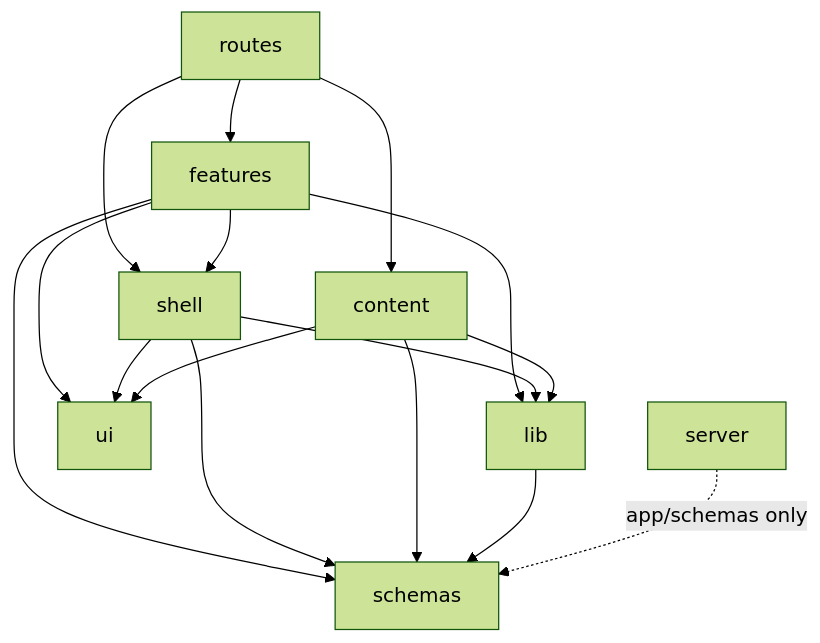
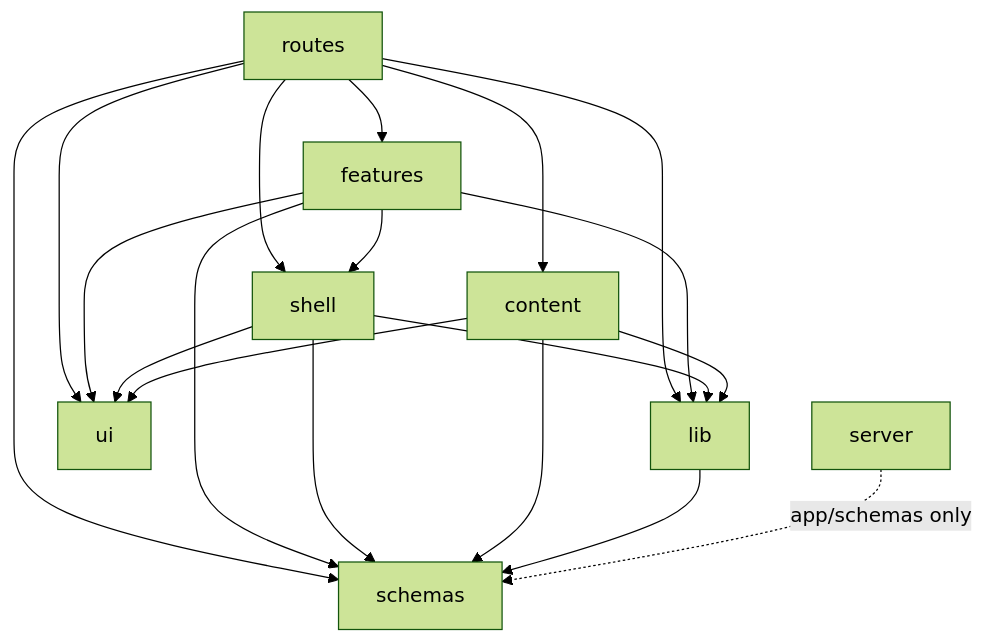
One commit to ddbj/db-portal changed the second of 2 diagrams in docs/architecture.md. Above: the diagram before and after it, drawn with Mermaid (forest theme). The commit also changed other lines of this file and 15 other files, not shown here.

````diff
--- a/docs/architecture.md
+++ b/docs/architecture.md
@@ -57,18 +55,21 @@
 ```mermaid
 graph TD
   routes --> features
   routes --> shell
   routes --> content
+  routes --> lib
+  routes --> ui
+  routes --> schemas
   features --> shell
   features --> lib
   features --> ui
   features --> schemas
   shell --> lib
   shell --> ui
   shell --> schemas
   content --> lib
   content --> ui
   content --> schemas
   lib --> schemas
   server -. "app/schemas only" .-> schemas
 ```
````
